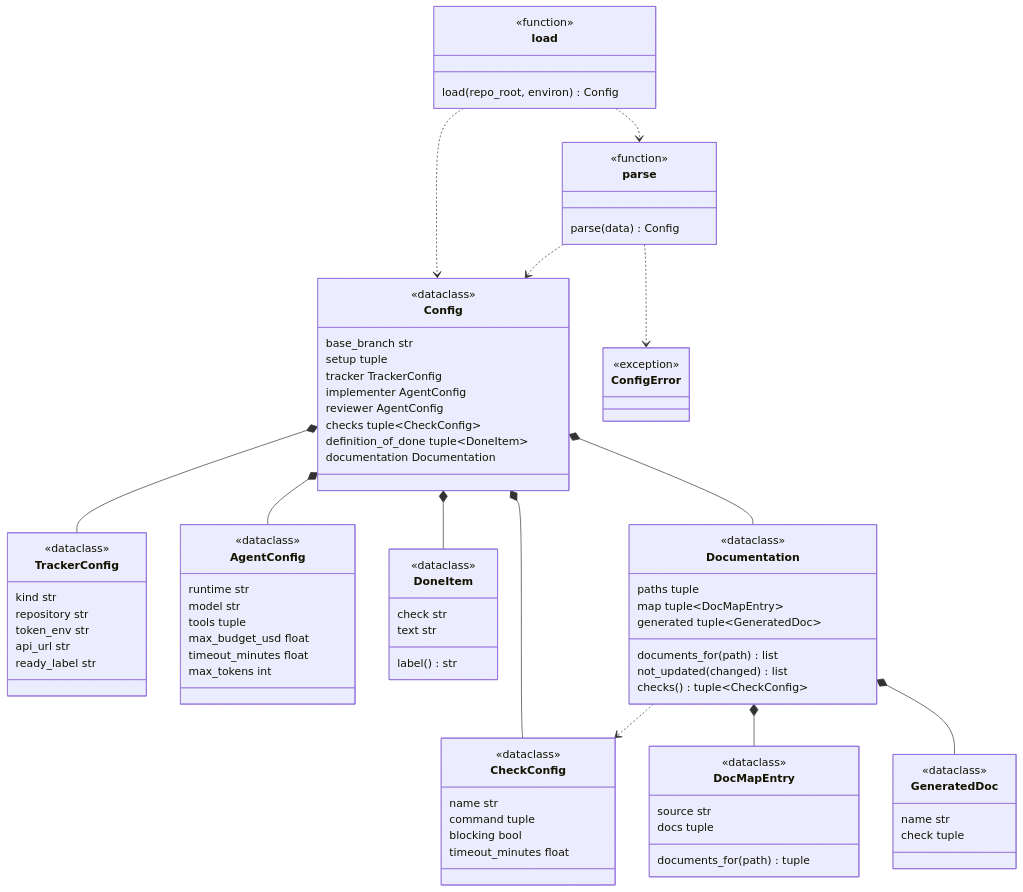
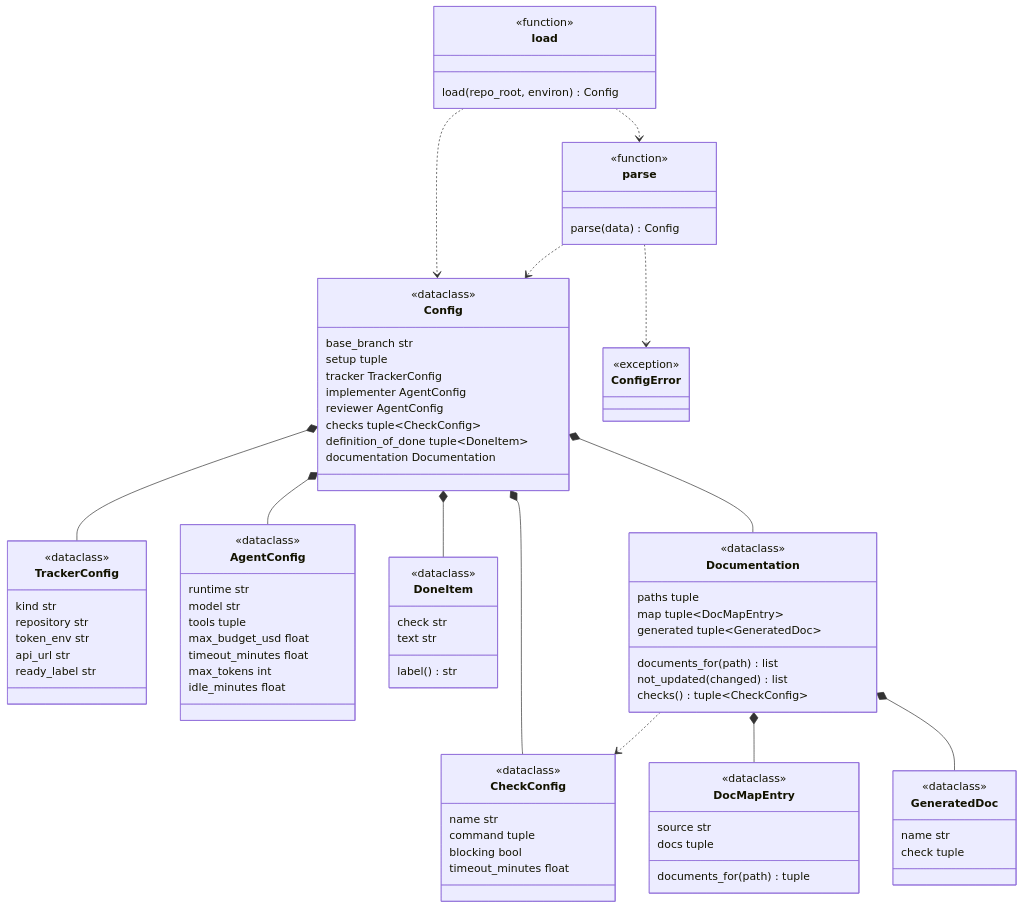
One commit to plaplanche/ariane changed the second of 3 diagrams in docs/architecture/modules/config.md. Above: the diagram before and after it, drawn with Mermaid. The commit also changed other lines of this file and 22 other files, not shown here.

```diff
--- a/docs/architecture/modules/config.md
+++ b/docs/architecture/modules/config.md
@@ -84,6 +86,7 @@
   max_budget_usd float
   timeout_minutes float
   max_tokens int
+  idle_minutes float
 }
 class CheckConfig {
   <<dataclass>>
```
